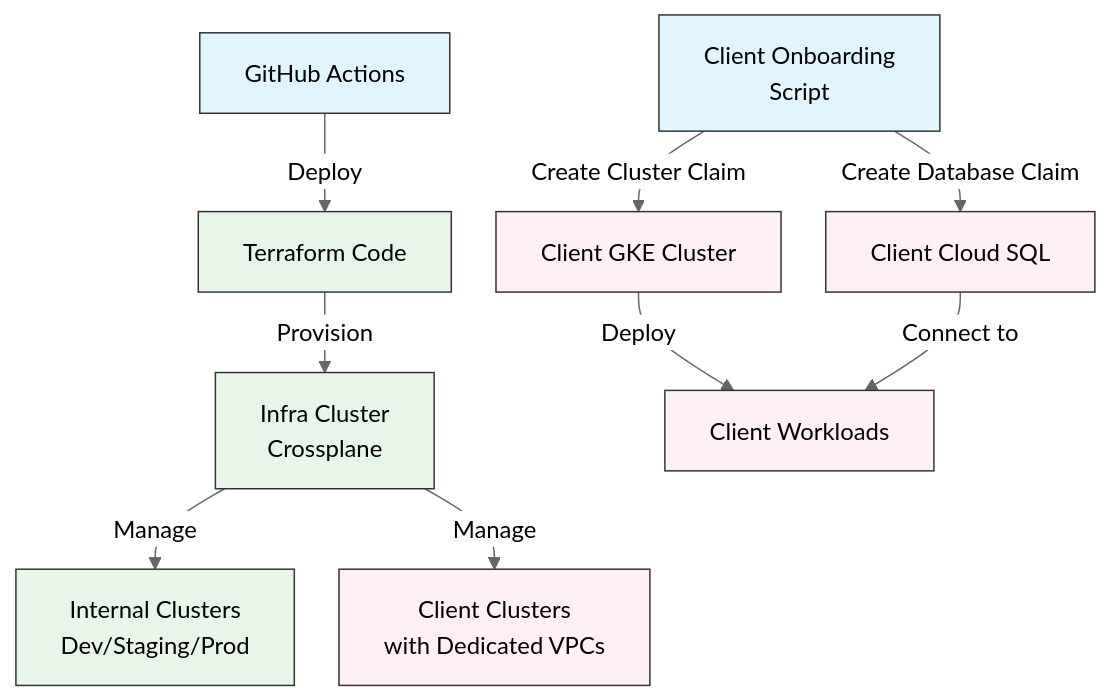
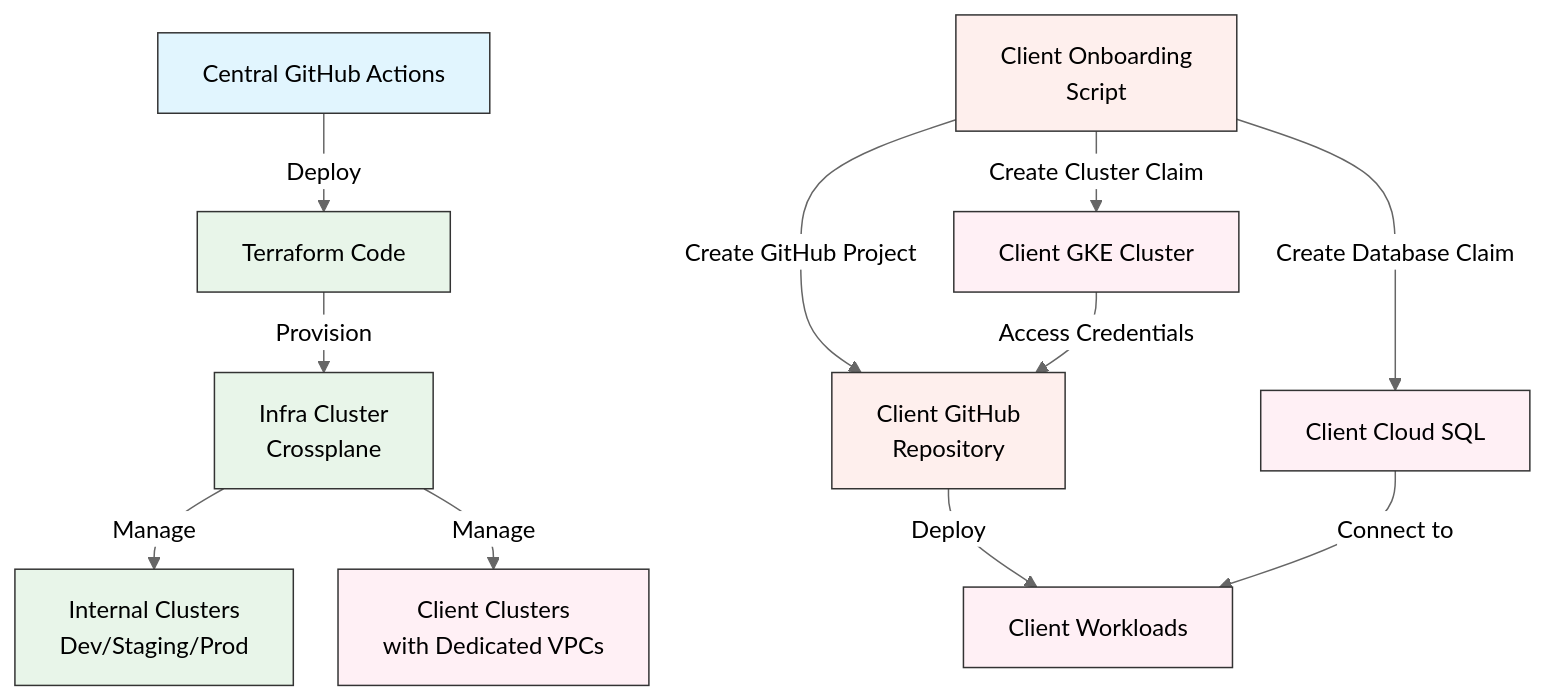
One commit to Mdaftab/infra-Platform-for-B2B changed the third of 4 diagrams in README.md. Above: the diagram before and after it, drawn with Mermaid. The commit also changed other lines of this file and 2 other files, not shown here.

Commit message:
feat: Implement comprehensive client onboarding automation script and GitHub project setup, enhancing deployment efficiency and client management

````diff
--- a/README.md
+++ b/README.md
@@ -128,24 +128,28 @@
 ```mermaid
 %%{init: {'theme': 'neutral', 'flowchart': { 'curve': 'basis', 'nodeSpacing': 30, 'rankSpacing': 30 }}}%%
 flowchart TD
-    A[GitHub Actions] -->|Deploy| B[Terraform Code]
+    A[Central GitHub Actions] -->|Deploy| B[Terraform Code]
     B -->|Provision| C[Infra Cluster<br>Crossplane]
     
     C -->|Manage| D[Internal Clusters<br>Dev/Staging/Prod]
     C -->|Manage| E[Client Clusters<br>with Dedicated VPCs]
     
     F[Client Onboarding<br>Script] -->|Create Cluster Claim| G[Client GKE Cluster]
     F -->|Create Database Claim| H[Client Cloud SQL]
+    F -->|Create GitHub Project| J[Client GitHub<br>Repository]
     
-    G -->|Deploy| I[Client Workloads]
+    G -->|Access Credentials| J
+    J -->|Deploy| I[Client Workloads]
     H -->|Connect to| I
     
     classDef default fill:#f9f9f9,stroke:#333,stroke-width:1px;
     classDef action fill:#e1f5fe,stroke:#333,stroke-width:1px;
     classDef infra fill:#e8f5e9,stroke:#333,stroke-width:1px;
     classDef client fill:#fff0f5,stroke:#333,stroke-width:1px;
+    classDef github fill:#FEEFED,stroke:#333,stroke-width:1px;
     
-    class A,F action;
+    class A action;
     class B,C,D infra;
     class E,G,H,I client;
+    class F,J github;
 ```
````
